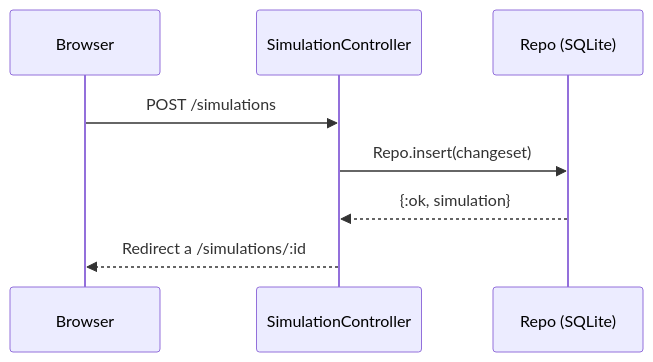
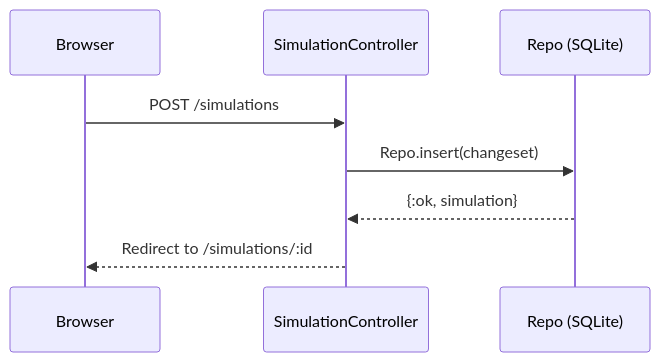
Before and after one commit to FLAGlab/Elixir-Swarm-Simulator: the second of 11 diagrams in docs/data_flows.md, drawn with Mermaid. The commit also changed other lines of this file and 40 other files, not shown here.

````diff
--- a/docs/data_flows.md
+++ b/docs/data_flows.md
@@ -68,11 +68,11 @@
 ```mermaid
 sequenceDiagram
     participant B as Browser
     participant SC as SimulationController
     participant DB as Repo (SQLite)
 
     B->>SC: POST /simulations
     SC->>DB: Repo.insert(changeset)
     DB-->>SC: {:ok, simulation}
-    SC-->>B: Redirect a /simulations/:id
+    SC-->>B: Redirect to /simulations/:id
 ```
````
